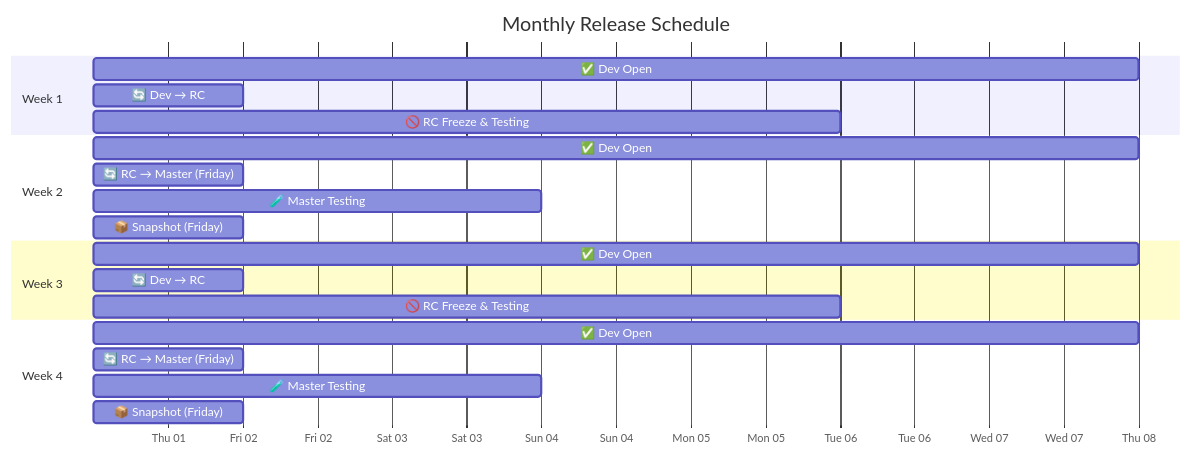
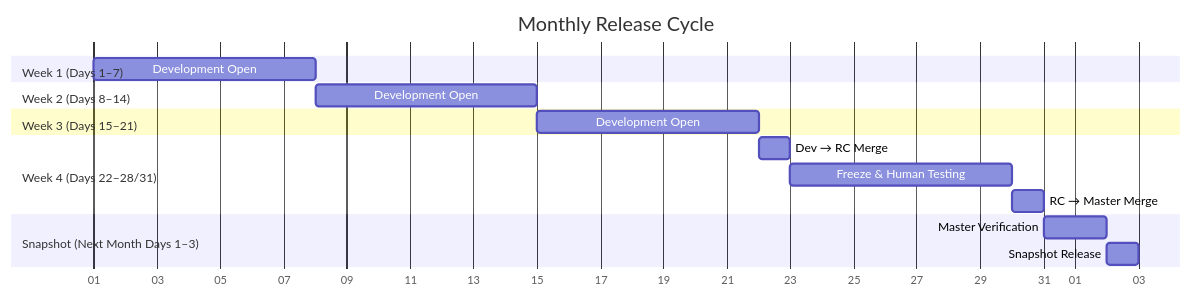
The third of 3 diagrams in RELEASE_POLICY.md (zeerayne/HyDE), drawn with Mermaid before and after one commit. The commit also changed other lines of this file, not shown here.

First line of the commit message:
Change release policy to monthly schedule

````diff
--- a/RELEASE_POLICY.md
+++ b/RELEASE_POLICY.md
@@ -144,28 +141,24 @@
 ```mermaid
 gantt
-    title Monthly Release Schedule
-    dateFormat  X
-    axisFormat %a %d
+    title Monthly Release Cycle
+    dateFormat  YYYY-MM-DD
+    axisFormat  %d
 
-    section Week 1
-    ✅ Dev Open                :devopen1, 1, 7d
-    🔄 Dev → RC                :devrc1, 2, 1d
-    🚫 RC Freeze & Testing     :rctest1, 3, 5d
+    section Week 1 (Days 1–7)
+    Development Open          :dev1, 2026-01-01, 7d
 
-    section Week 2
-    ✅ Dev Open                :devopen2, 8, 7d
-    🔄 RC → Master (Friday)    :rcmaster1, 9, 1d
-    🧪 Master Testing          :mastertest1, 10, 3d
-    📦 Snapshot (Friday)       :release1, 14, 1d
+    section Week 2 (Days 8–14)
+    Development Open          :dev2, after dev1, 7d
 
-    section Week 3
-    ✅ Dev Open                :devopen3, 15, 7d
-    🔄 Dev → RC                :devrc2, 16, 1d
-    🚫 RC Freeze & Testing     :rctest2, 17, 5d
+    section Week 3 (Days 15–21)
+    Development Open          :dev3, after dev2, 7d
 
-    section Week 4
-    ✅ Dev Open                :devopen4, 22, 7d
-    🔄 RC → Master (Friday)    :rcmaster2, 23, 1d
-    🧪 Master Testing          :mastertest2, 24, 3d
-    📦 Snapshot (Friday)       :release2, 1, 1d
+    section Week 4 (Days 22–28/31)
+    Dev → RC Merge            :devrc, after dev3, 1d
+    Freeze & Human Testing    :freeze, after devrc, 7d
+    RC → Master Merge         :rcmaster, after freeze, 1d
+
+    section Snapshot (Next Month Days 1–3)
+    Master Verification       :verify, after rcmaster, 2d
+    Snapshot Release          :release, after verify, 1d
 ```
````
